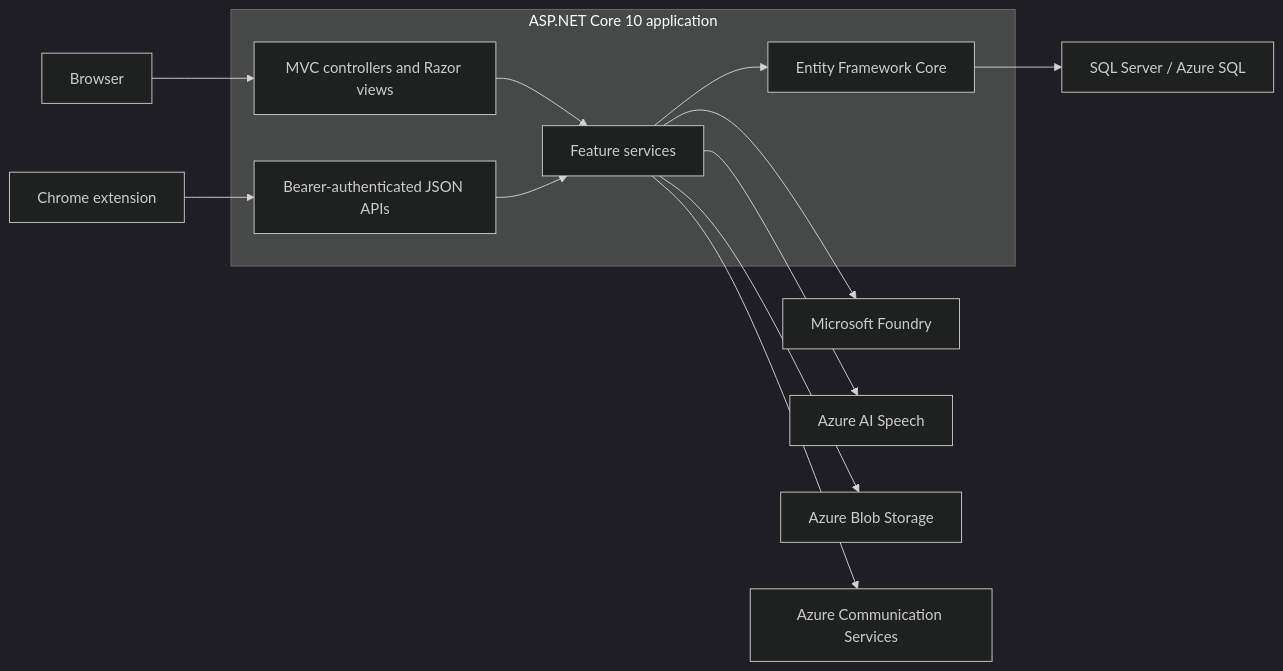
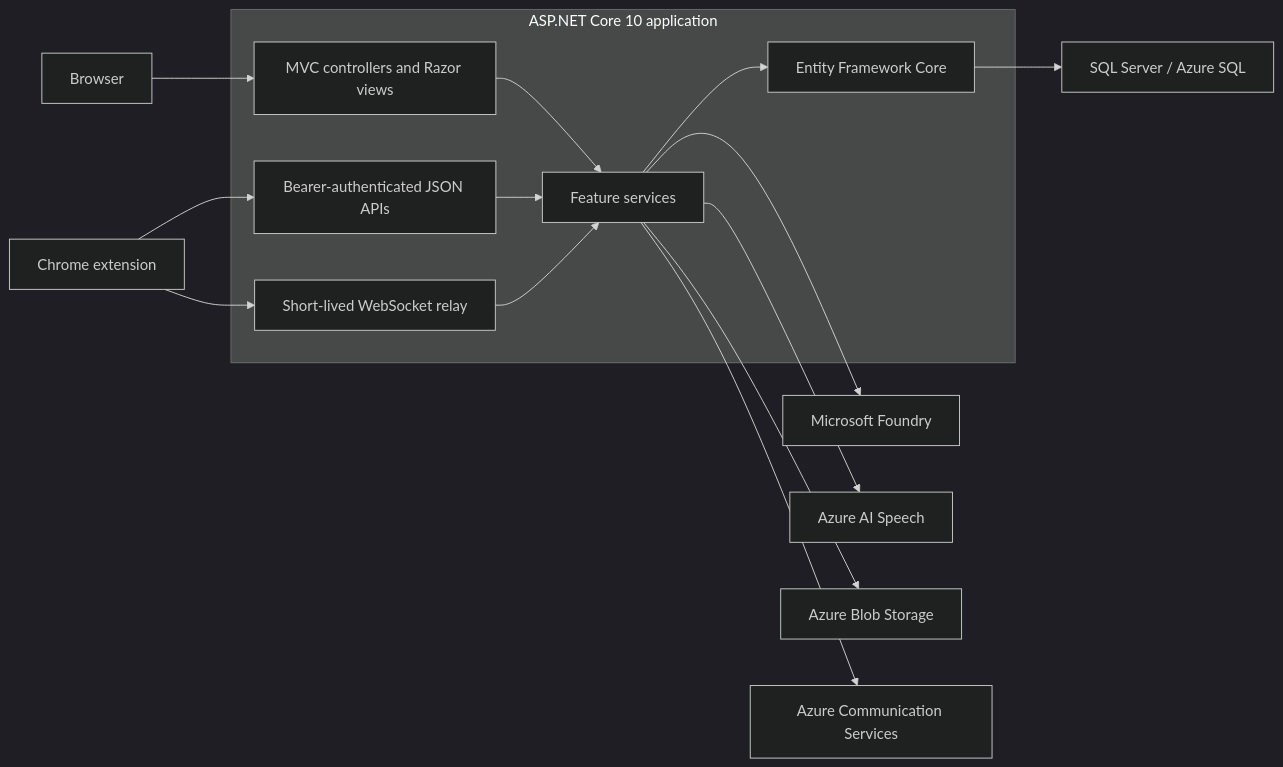
One commit to gusbo9233/Glosify-.net changed the diagram in docs/portfolio-case-study.md. Above: the diagram before and after it, drawn with Mermaid (dark theme). The commit also changed other lines of this file and 1 other file, not shown here.

````diff
--- a/docs/portfolio-case-study.md
+++ b/docs/portfolio-case-study.md
@@ -71,17 +76,21 @@
 ```mermaid
 flowchart LR
-    Browser["Browser"] --> MVC["MVC controllers and Razor views"]
-    Extension["Chrome extension"] --> API["Bearer-authenticated JSON APIs"]
+    Browser["Browser"]
+    Extension["Chrome extension"]
 
     subgraph WebApp["ASP.NET Core 10 application"]
-        MVC --> Services["Feature services"]
-        API --> Services
+        MVC["MVC controllers and Razor views"] --> Services["Feature services"]
+        API["Bearer-authenticated JSON APIs"] --> Services
+        Relay --> Services
         Services --> EF["Entity Framework Core"]
     end
 
+    Browser --> MVC
+    Extension --> API
+    Extension --> Relay["Short-lived WebSocket relay"]
     EF --> SQL["SQL Server / Azure SQL"]
     Services --> Foundry["Microsoft Foundry"]
     Services --> Speech["Azure AI Speech"]
     Services --> Storage["Azure Blob Storage"]
     Services --> ACS["Azure Communication Services"]
 ```
````
